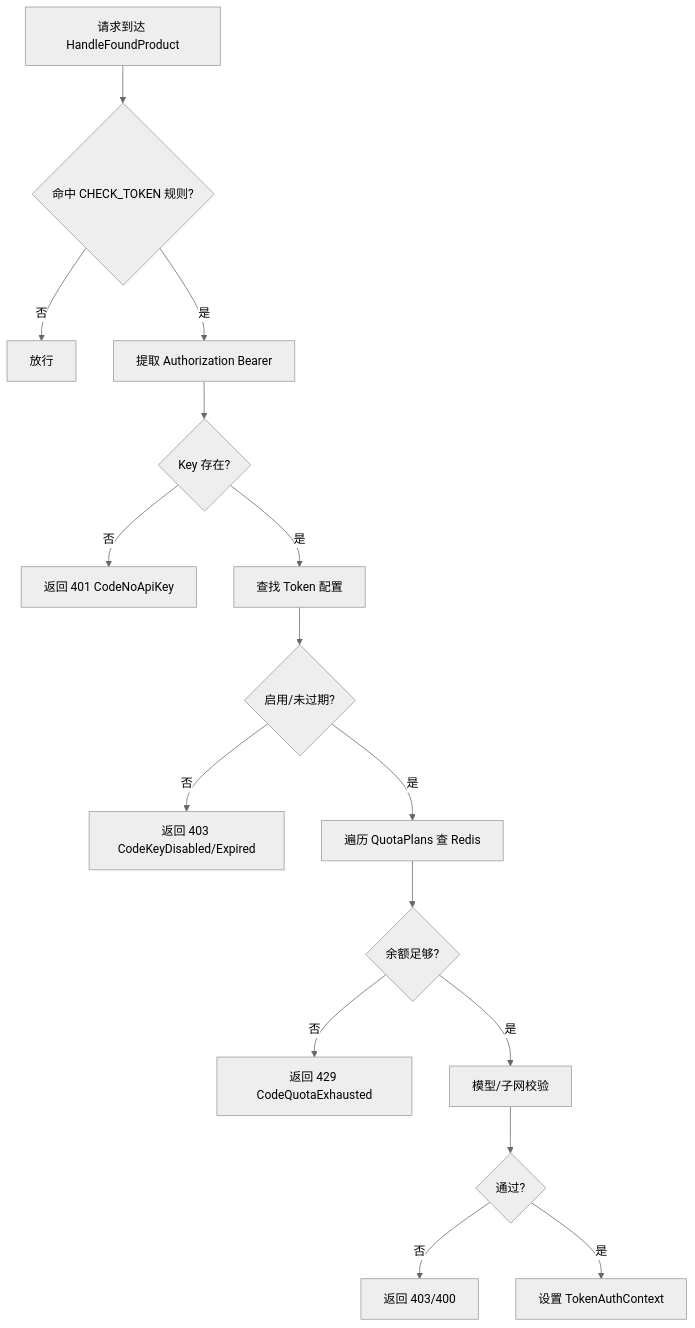
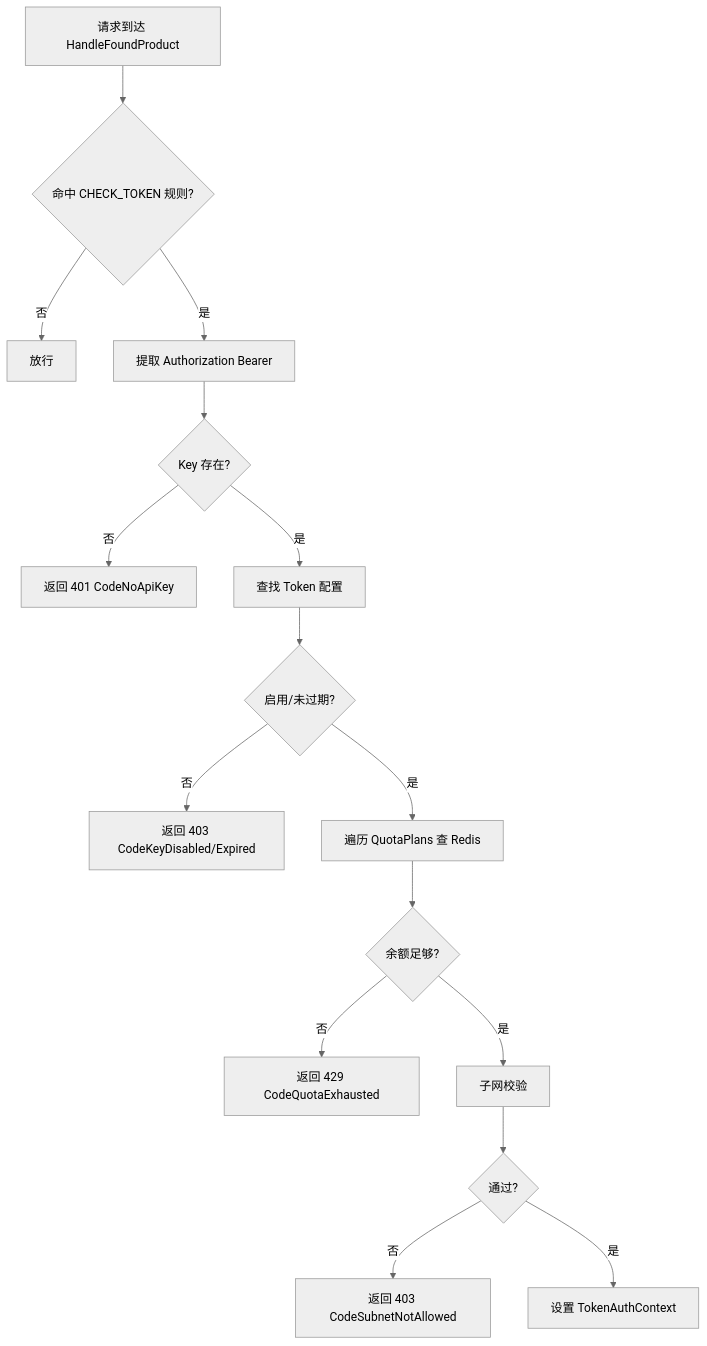
One commit to mileszhang2016/rainway-book changed the second of 3 diagrams in implementation/chapter32-mod-ai-token-auth.md. Above: the diagram before and after it, drawn with Mermaid (neutral theme). The commit also changed other lines of this file and 55 other files, not shown here.

````diff
--- a/implementation/chapter32-mod-ai-token-auth.md
+++ b/implementation/chapter32-mod-ai-token-auth.md
@@ -126,18 +133,18 @@
 ```mermaid
 flowchart TD
     A[请求到达 HandleFoundProduct] --> B{命中 CHECK_TOKEN 规则?}
     B -->|否| C[放行]
     B -->|是| D[提取 Authorization Bearer]
     D --> E{Key 存在?}
     E -->|否| F[返回 401 CodeNoApiKey]
     E -->|是| G[查找 Token 配置]
     G --> H{启用/未过期?}
     H -->|否| I[返回 403 CodeKeyDisabled/Expired]
     H -->|是| J[遍历 QuotaPlans 查 Redis]
     J --> K{余额足够?}
     K -->|否| L[返回 429 CodeQuotaExhausted]
-    K -->|是| M[模型/子网校验]
+    K -->|是| M[子网校验]
     M --> N{通过?}
-    N -->|否| O[返回 403/400]
+    N -->|否| O[返回 403 CodeSubnetNotAllowed]
     N -->|是| P[设置 TokenAuthContext]
 ```
````
